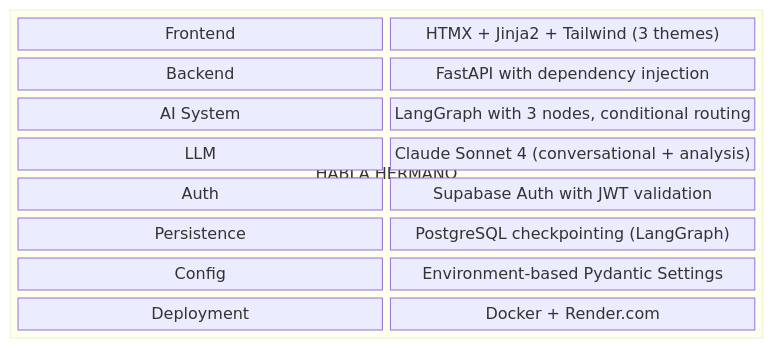
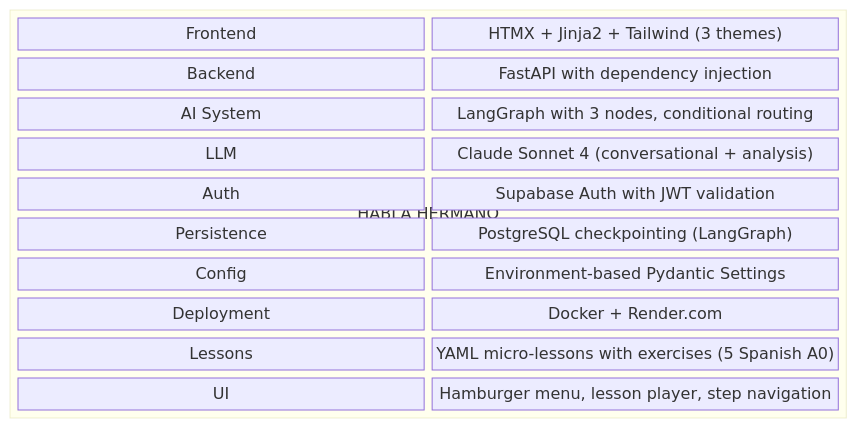
The first of 4 diagrams in docs/codebase-summary.md (darth-dodo/habla-hermano), drawn with Mermaid before and after one commit. The commit also changed other lines of this file and 30 other files, not shown here.

First line of the commit message:
Feat/phase6 micro lessons (#10)

````diff
--- a/docs/codebase-summary.md
+++ b/docs/codebase-summary.md
@@ -15,15 +15,17 @@
 ```mermaid
 block-beta
     columns 1
     block:stack["HABLA HERMANO"]
         columns 2
         A["Frontend"] B["HTMX + Jinja2 + Tailwind (3 themes)"]
         C["Backend"] D["FastAPI with dependency injection"]
         E["AI System"] F["LangGraph with 3 nodes, conditional routing"]
         G["LLM"] H["Claude Sonnet 4 (conversational + analysis)"]
         I["Auth"] J["Supabase Auth with JWT validation"]
         K["Persistence"] L["PostgreSQL checkpointing (LangGraph)"]
         M["Config"] N["Environment-based Pydantic Settings"]
         O["Deployment"] P["Docker + Render.com"]
+        Q["Lessons"] R["YAML micro-lessons with exercises (5 Spanish A0)"]
+        S["UI"] T["Hamburger menu, lesson player, step navigation"]
     end
 ```
````
